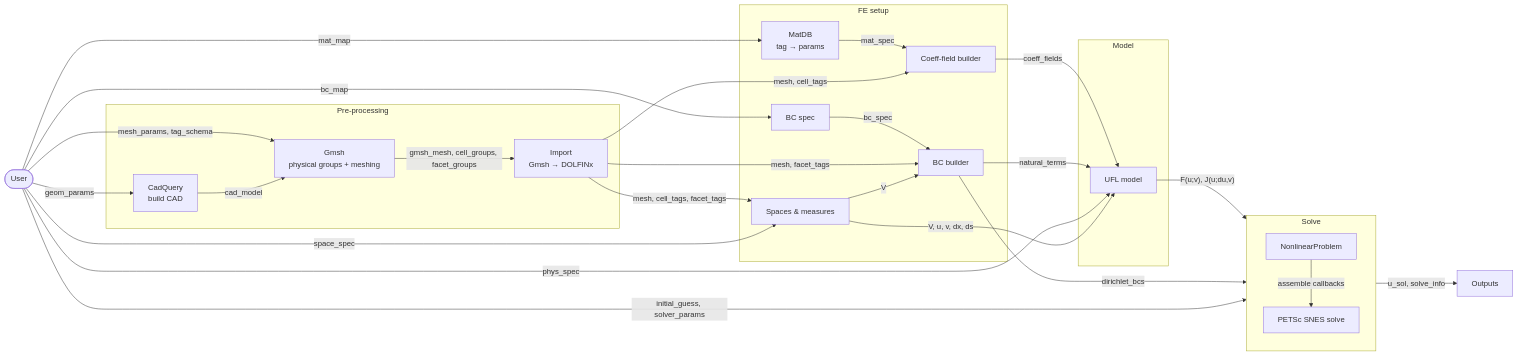
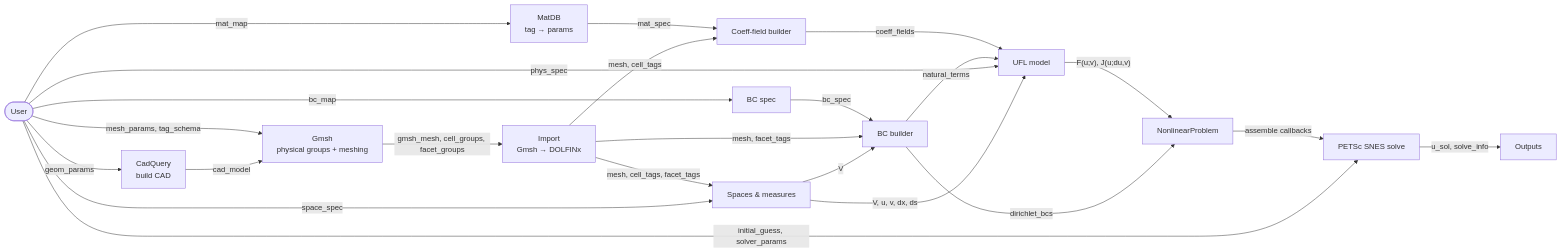
One commit to amannm/parts changed the diagram in nonlinearsteady.mermaid. Above: the diagram before and after it, drawn with Mermaid. The commit also changed 3 other files, not shown here.

```diff
--- a/nonlinearsteady.mermaid
+++ b/nonlinearsteady.mermaid
@@ -1,50 +1,46 @@
 flowchart LR
     U([User])
-    subgraph Pre["Pre-processing"]
+
         CQ["CadQuery\nbuild CAD"]
         GM["Gmsh\nphysical groups + meshing"]
         IM["Import\nGmsh → DOLFINx"]
-    end
-    subgraph FE["FE setup"]
+
         FS["Spaces & measures"]
         MDB["MatDB\ntag → params"]
         CF["Coeff-field builder"]
         BCS["BC spec"]
         BCB["BC builder"]
-    end
-    subgraph Model["Model"]
+
         PHYS["UFL model"]
-    end
-    subgraph Solve["Solve"]
-        direction TB
+
         PROB["NonlinearProblem"]
         SNES["PETSc SNES solve"]
-    end
+
     OUT["Outputs"]
 %% Geometry + mesh
     U -- geom_params --> CQ
     U -- " mesh_params, tag_schema " --> GM
     CQ -- cad_model --> GM
     GM -- " gmsh_mesh, cell_groups, facet_groups " --> IM
     IM -- " mesh, cell_tags, facet_tags " --> FS
 %% Spaces
     U -- space_spec --> FS
 %% Materials / coefficients
     U -- mat_map --> MDB
     MDB -- mat_spec --> CF
     IM -- " mesh, cell_tags " --> CF
     CF -- coeff_fields --> PHYS
 %% Boundary conditions
     U -- bc_map --> BCS
     BCS -- bc_spec --> BCB
     IM -- " mesh, facet_tags " --> BCB
     FS -- V --> BCB
     BCB -- natural_terms --> PHYS
 %% Physics + forms
     U -- phys_spec --> PHYS
     FS -- " V, u, v, dx, ds " --> PHYS
     PHYS -- " F(u;v), J(u;du,v) " --> PROB
     BCB -- dirichlet_bcs --> PROB
     PROB -- " assemble callbacks " --> SNES
     U -- " initial_guess, solver_params " --> SNES
     SNES -- " u_sol, solve_info " --> OUT
```
